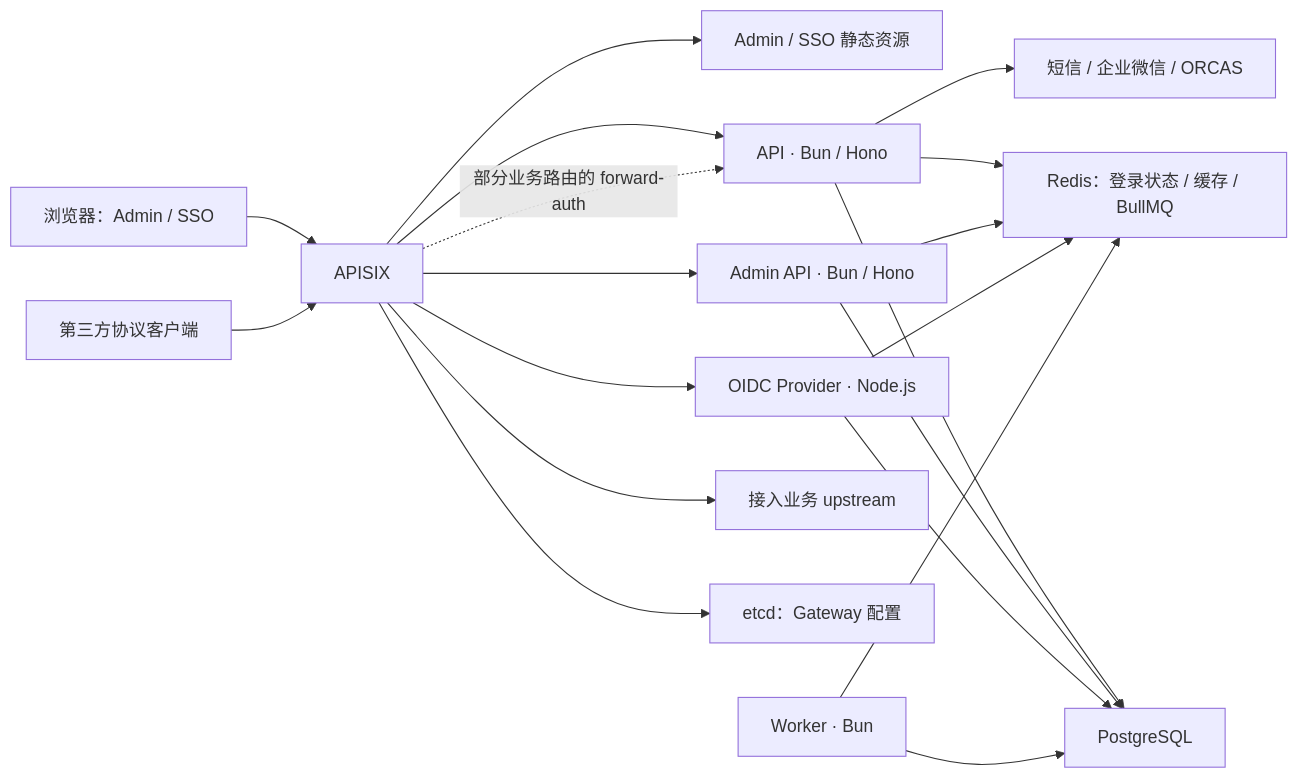
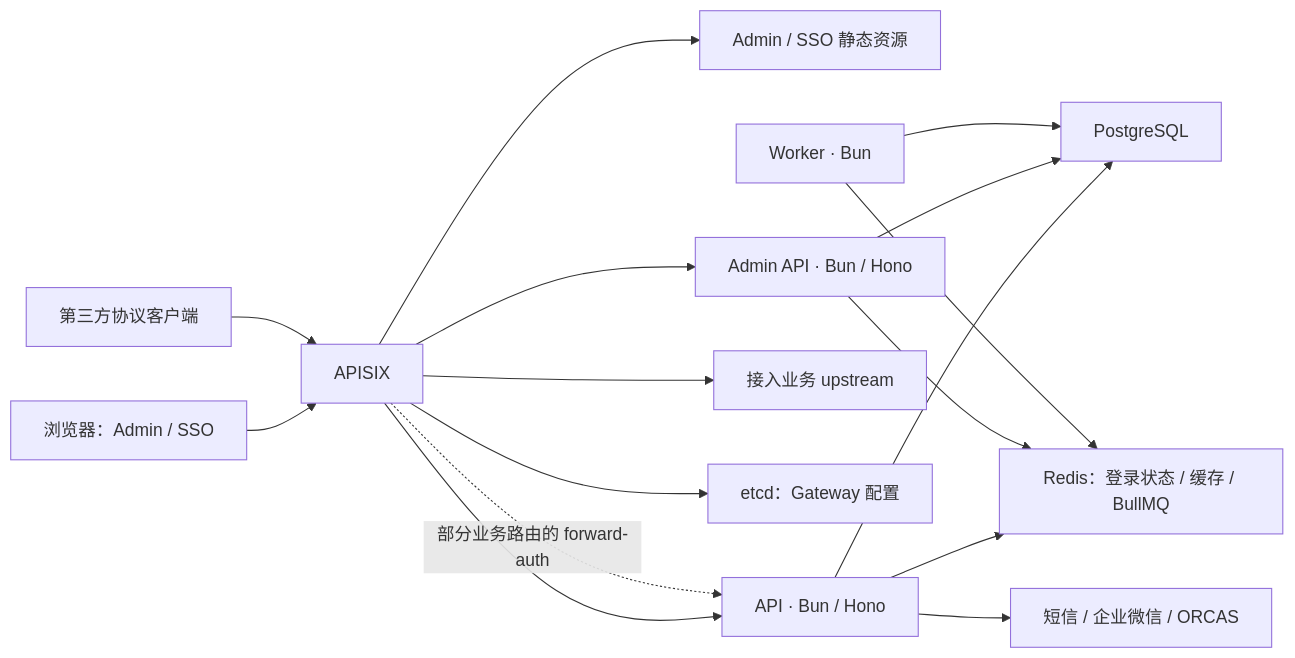
One commit to cyy1998/shgas-iam changed the diagram in docs/architecture/system-architecture.md. Above: the diagram before and after it, drawn with Mermaid. The commit also changed other lines of this file and 648 other files, not shown here.

````diff
--- a/docs/architecture/system-architecture.md
+++ b/docs/architecture/system-architecture.md
@@ -9,21 +9,18 @@
 ```mermaid
 flowchart LR
   browser["浏览器：Admin / SSO"] --> gateway["APISIX"]
   client["第三方协议客户端"] --> gateway
   gateway --> web["Admin / SSO 静态资源"]
   gateway --> api["API · Bun / Hono"]
   gateway --> admin["Admin API · Bun / Hono"]
-  gateway --> oidc["OIDC Provider · Node.js"]
   gateway --> business["接入业务 upstream"]
   gateway -. "部分业务路由的 forward-auth" .-> api
   gateway --> etcd["etcd：Gateway 配置"]
   api --> pg["PostgreSQL"]
   admin --> pg
-  oidc --> pg
   worker["Worker · Bun"] --> pg
   api --> redis["Redis：登录状态 / 缓存 / BullMQ"]
   admin --> redis
-  oidc --> redis
   worker --> redis
   api --> integrations["短信 / 企业微信 / ORCAS"]
 ```
````
